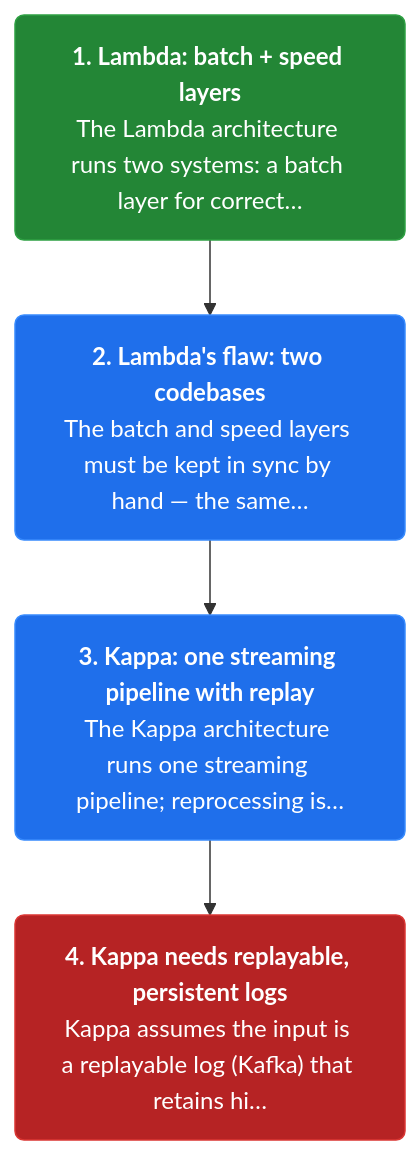
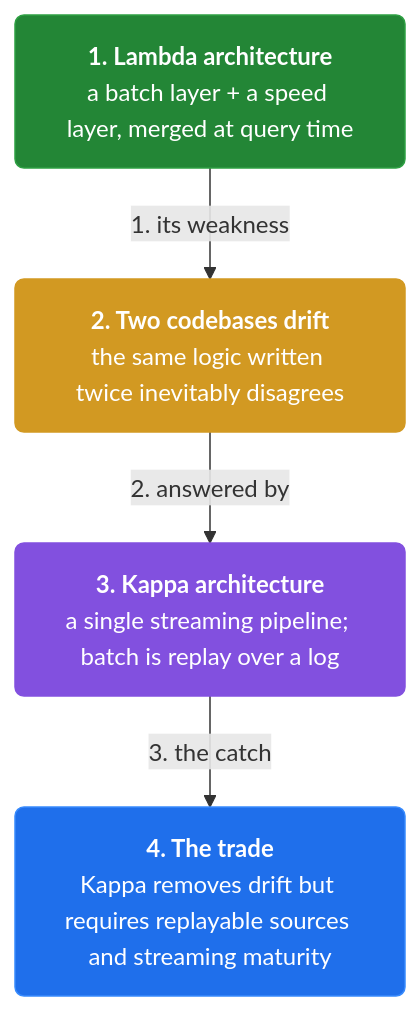
One commit to vinayakuber/streaming-systems-study-guide changed the second of 19 diagrams in docs/ch10-the-evolution-of-large-scale-data-processing.md. Above: the diagram before and after it, drawn with Mermaid. The commit also changed other lines of this file and 12 other files, not shown here.

First line of the commit message:
Author per-section and per-card mermaid diagrams (110 diagrams)

````diff
--- a/docs/ch10-the-evolution-of-large-scale-data-processing.md
+++ b/docs/ch10-the-evolution-of-large-scale-data-processing.md
@@ -52,13 +54,15 @@
 ```mermaid
 flowchart TD
-  classDef step fill:#1f6feb,color:#ffffff,stroke:#388bfd,stroke-width:1px,rx:6
+  classDef step fill:#1f6feb,color:#ffffff,stroke:#388bfd,rx:6
+  classDef core fill:#8250df,color:#ffffff,stroke:#8250df,rx:6
+  classDef warn fill:#d29922,color:#ffffff,stroke:#d29922,rx:6
   classDef start fill:#238636,color:#ffffff,stroke:#2ea043,rx:6
   classDef stop fill:#b62324,color:#ffffff,stroke:#da3633,rx:6
-  s1n0["<b>1. Lambda: batch + speed layers</b><br/>The Lambda architecture runs two systems: a batch layer for correct…"]:::start
-  s1n1["<b>2. Lambda's flaw: two codebases</b><br/>The batch and speed layers must be kept in sync by hand — the same…"]:::step
-  s1n2["<b>3. Kappa: one streaming pipeline with replay</b><br/>The Kappa architecture runs one streaming pipeline; reprocessing is…"]:::step
-  s1n3["<b>4. Kappa needs replayable, persistent logs</b><br/>Kappa assumes the input is a replayable log (Kafka) that retains hi…"]:::stop
-  s1n0 --> s1n1
-  s1n1 --> s1n2
-  s1n2 --> s1n3
+  n0["<b>1. Lambda architecture</b><br/>a batch layer + a speed layer, merged at query time"]:::start
+  n1["<b>2. Two codebases drift</b><br/>the same logic written twice inevitably disagrees"]:::warn
+  n2["<b>3. Kappa architecture</b><br/>a single streaming pipeline; batch is replay over a log"]:::core
+  n3["<b>4. The trade</b><br/>Kappa removes drift but requires replayable sources and streaming maturity"]:::step
+  n0 -->|"1. its weakness"| n1
+  n1 -->|"2. answered by"| n2
+  n2 -->|"3. the catch"| n3
 ```
````
